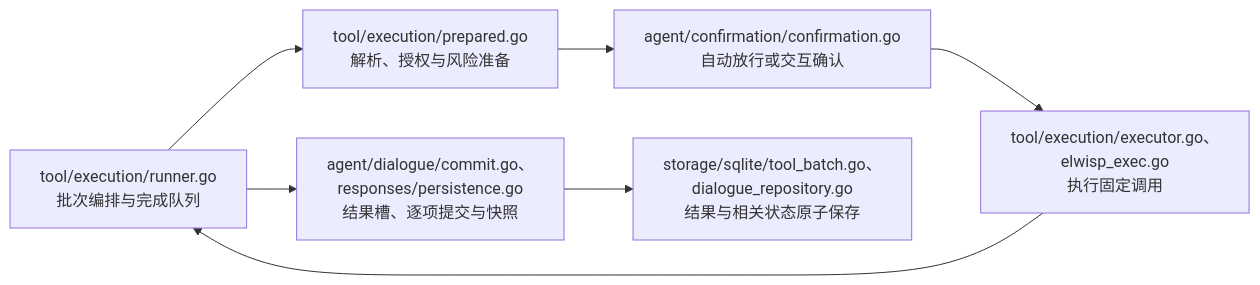
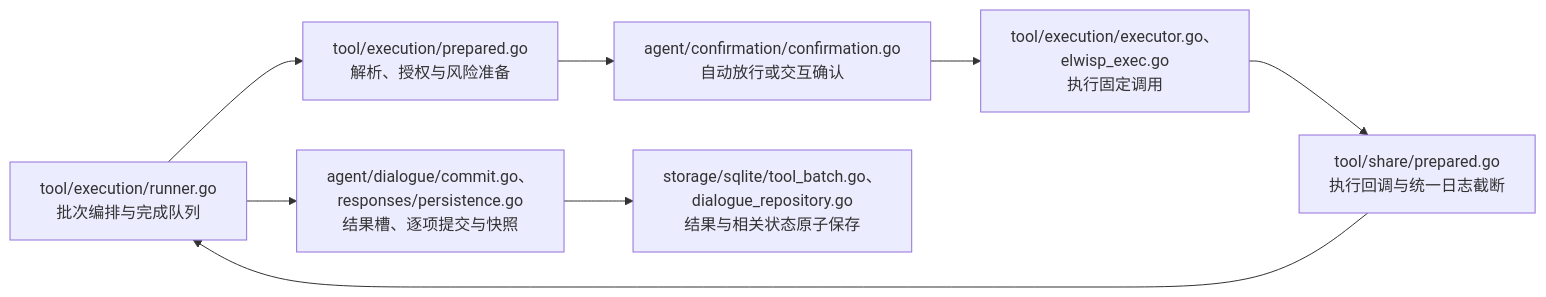
One commit to Elflare/elbot changed the third of 4 diagrams in devdocs/architecture.md. Above: the diagram before and after it, drawn with Mermaid. The commit also changed other lines of this file and 52 other files, not shown here.

````diff
--- a/devdocs/architecture.md
+++ b/devdocs/architecture.md
@@ -160,9 +160,10 @@
 ```mermaid
 flowchart LR
     R["tool/execution/runner.go<br/>批次编排与完成队列"] --> P["tool/execution/prepared.go<br/>解析、授权与风险准备"]
     P --> Q["agent/confirmation/confirmation.go<br/>自动放行或交互确认"]
     Q --> E["tool/execution/executor.go、elwisp_exec.go<br/>执行固定调用"]
-    E --> R
+    E --> L["tool/share/prepared.go<br/>执行回调与统一日志截断"]
+    L --> R
     R --> C["agent/dialogue/commit.go、responses/persistence.go<br/>结果槽、逐项提交与快照"]
     C --> S["storage/sqlite/tool_batch.go、dialogue_repository.go<br/>结果与相关状态原子保存"]
 ```
````
